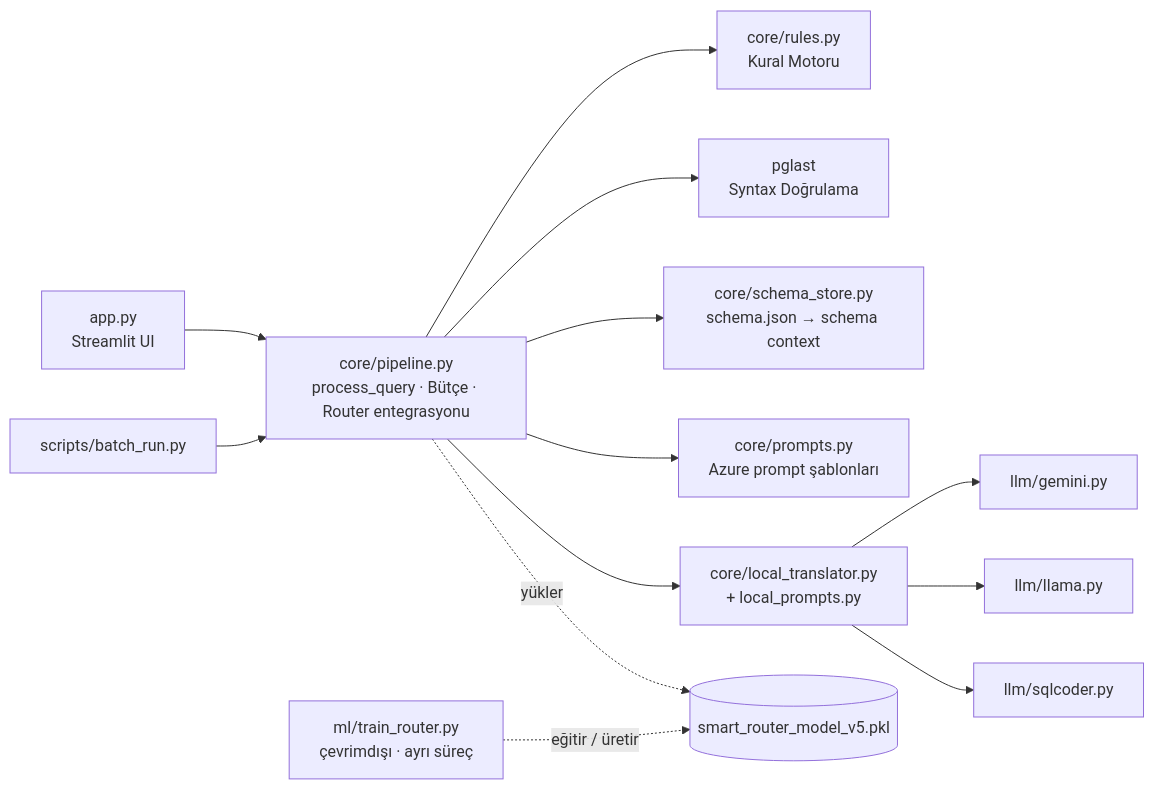
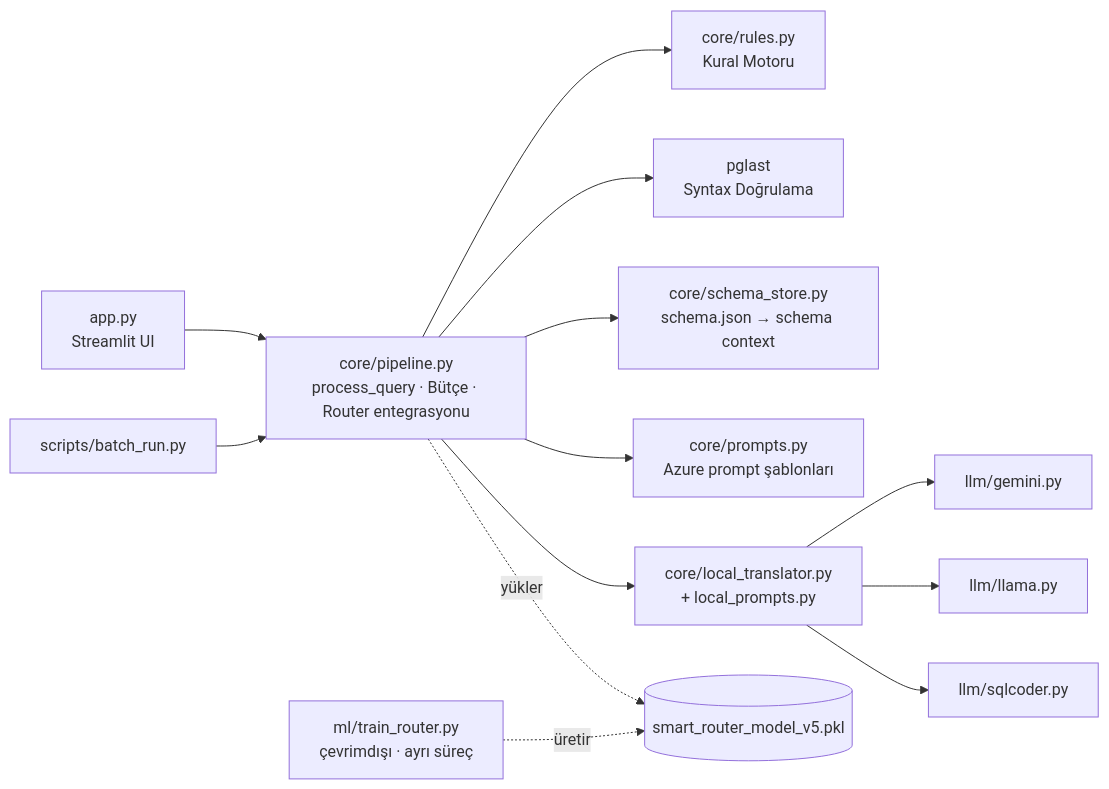
Before and after one commit to 000116/inv62: the second of 2 diagrams in README.md, drawn with Mermaid. The commit also changed other lines of this file, not shown here.

````diff
--- a/README.md
+++ b/README.md
@@ -149,19 +148,19 @@
 ```mermaid
 flowchart LR
     UI["app.py<br/>Streamlit UI"] --> PIPE["core/pipeline.py<br/>process_query · Bütçe · Router entegrasyonu"]
 
     PIPE --> RULES["core/rules.py<br/>Kural Motoru"]
     PIPE --> VAL["pglast<br/>Syntax Doğrulama"]
     PIPE --> SCHEMA["core/schema_store.py<br/>schema.json → schema context"]
     PIPE --> PROMPTS["core/prompts.py<br/>Azure prompt şablonları"]
     PIPE --> LOCAL["core/local_translator.py<br/>+ local_prompts.py"]
     PIPE -.yükler.-> MODEL[("smart_router_model_v5.pkl")]
 
-    ML["ml/train_router.py<br/>çevrimdışı · ayrı süreç"] -.eğitir / üretir.-> MODEL
+    ML["ml/train_router.py<br/>çevrimdışı · ayrı süreç"] -.üretir.-> MODEL
 
     LOCAL --> G["llm/gemini.py"]
     LOCAL --> LL["llm/llama.py"]
     LOCAL --> SC["llm/sqlcoder.py"]
 
     BATCH["scripts/batch_run.py"] --> PIPE
 ```
````
